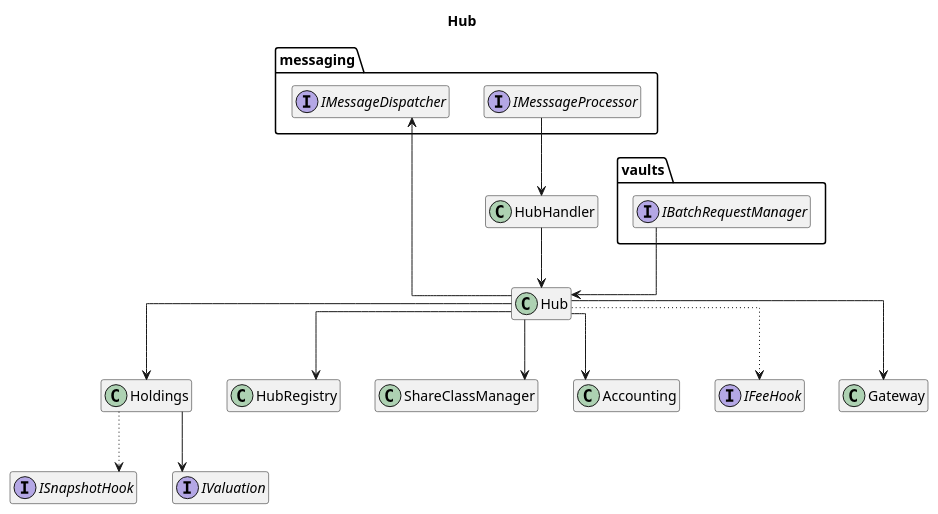
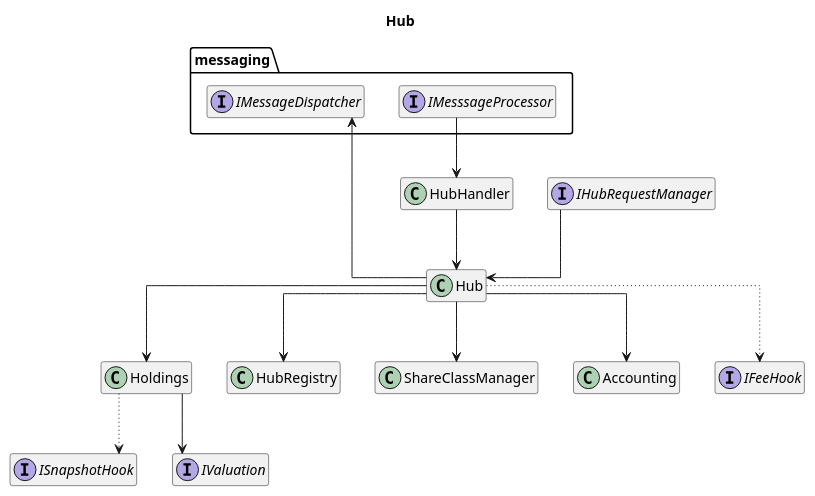
Before and after one commit to centrifuge/protocol: the diagram in docs/architecture/core/hub.puml, drawn with PlantUML.

Commit message:
fix hub interfaces

```diff
--- a/docs/architecture/core/hub.puml
+++ b/docs/architecture/core/hub.puml
@@ -1,43 +1,39 @@
 @startuml hub
 title Hub
 hide empty members
 
 skinparam linetype ortho
-
-package vaults {
-    interface IBatchRequestManager
-}
 
 package messaging {
     interface IMessageDispatcher
     interface IMesssageProcessor
 }
 
 class Hub
 class HubHandler
 class Holdings
 class HubRegistry
 class ShareClassManager
 class Accounting
 
 interface ISnapshotHook
 interface IValuation
 interface IFeeHook
+interface IHubRequestManager
 
 Hub --> Holdings
 Hub --> HubRegistry
 Hub --> ShareClassManager
 Hub --> Accounting
 Hub --> IMessageDispatcher
-Hub --> Gateway
 Hub .[dotted].> IFeeHook
 
 HubHandler --> Hub
 IMesssageProcessor --> HubHandler
 
-IBatchRequestManager --> Hub
+IHubRequestManager --> Hub
 
 Holdings --> IValuation
 Holdings .[dotted].> ISnapshotHook
 
 @enduml
```
